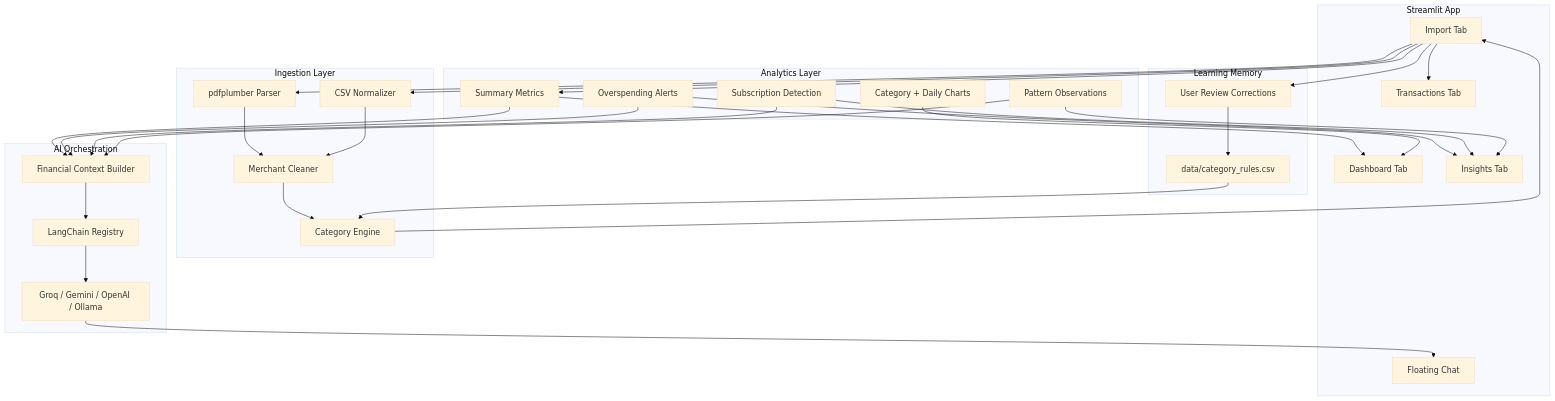
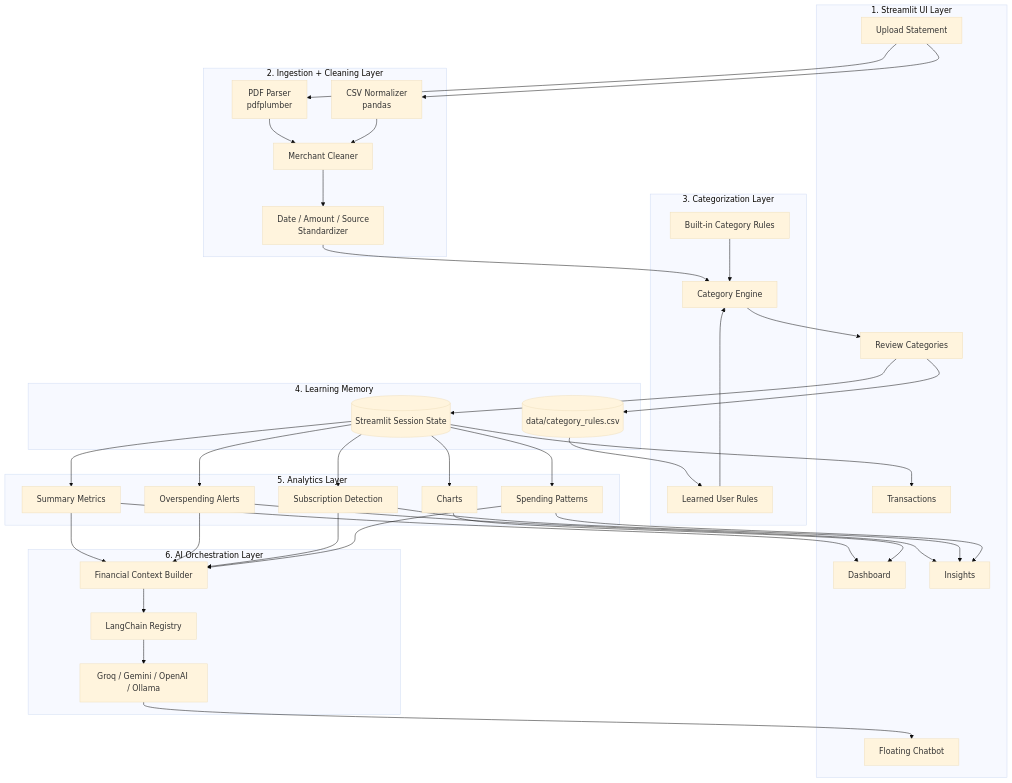
The second of 2 diagrams in projects/spendwise-agent/docs/architecture.md (lavanyajeyaraman/MasteringAgenticAI), drawn with Mermaid (base theme) before and after one commit. The commit also changed other lines of this file and 1 other file, not shown here.

Commit message:
Added architecture.md file and project documentation

````diff
--- a/projects/spendwise-agent/docs/architecture.md
+++ b/projects/spendwise-agent/docs/architecture.md
@@ -44,62 +22,78 @@
 ```mermaid
 flowchart TB
-    subgraph UI["Streamlit App"]
-        ImportTab[Import Tab]
-        DashboardTab[Dashboard Tab]
-        InsightsTab[Insights Tab]
-        TransactionsTab[Transactions Tab]
-        FloatingChat[Floating Chat]
+    subgraph UI["1. Streamlit UI Layer"]
+        UploadUI[Upload Statement]
+        ReviewUI[Review Categories]
+        DashboardUI[Dashboard]
+        InsightsUI[Insights]
+        TransactionsUI[Transactions]
+        ChatUI[Floating Chatbot]
     end
 
-    subgraph Ingestion["Ingestion Layer"]
-        PDFParser[pdfplumber Parser]
-        CSVParser[CSV Normalizer]
-        MerchantCleaner[Merchant Cleaner]
+    subgraph Ingestion["2. Ingestion + Cleaning Layer"]
+        PDFParser[PDF Parser<br/>pdfplumber]
+        CSVParser[CSV Normalizer<br/>pandas]
+        Cleaner[Merchant Cleaner]
+        Standardizer[Date / Amount / Source<br/>Standardizer]
+    end
+
+    subgraph Categorization["3. Categorization Layer"]
+        BuiltInRules[Built-in Category Rules]
+        LearnedRules[Learned User Rules]
         CategoryEngine[Category Engine]
     end
 
-    subgraph Memory["Learning Memory"]
-        RuleFile[data/category_rules.csv]
-        ReviewLoop[User Review Corrections]
+    subgraph Memory["4. Learning Memory"]
+        RuleFile[(data/category_rules.csv)]
+        SessionState[(Streamlit Session State)]
     end
 
-    subgraph Analytics["Analytics Layer"]
+    subgraph Analytics["5. Analytics Layer"]
         Metrics[Summary Metrics]
-        Charts[Category + Daily Charts]
+        Charts[Charts]
         Alerts[Overspending Alerts]
-        Subs[Subscription Detection]
-        Patterns[Pattern Observations]
+        Subscriptions[Subscription Detection]
+        Patterns[Spending Patterns]
     end
 
-    subgraph AI["AI Orchestration"]
-        Context[Financial Context Builder]
+    subgraph AI["6. AI Orchestration Layer"]
+        ContextBuilder[Financial Context Builder]
         LangChain[LangChain Registry]
         Providers[Groq / Gemini / OpenAI / Ollama]
     end
 
-    ImportTab --> PDFParser
-    ImportTab --> CSVParser
-    PDFParser --> MerchantCleaner
-    CSVParser --> MerchantCleaner
-    MerchantCleaner --> CategoryEngine
-    RuleFile --> CategoryEngine
-    CategoryEngine --> ImportTab
-    ImportTab --> ReviewLoop
-    ReviewLoop --> RuleFile
+    UploadUI --> PDFParser
+    UploadUI --> CSVParser
+    PDFParser --> Cleaner
+    CSVParser --> Cleaner
+    Cleaner --> Standardizer
+    Standardizer --> CategoryEngine
 
-    ImportTab --> Metrics
-    Metrics --> DashboardTab
-    Charts --> DashboardTab
-    Alerts --> InsightsTab
-    Subs --> InsightsTab
-    Patterns --> InsightsTab
-    ImportTab --> TransactionsTab
+    BuiltInRules --> CategoryEngine
+    RuleFile --> LearnedRules
+    LearnedRules --> CategoryEngine
+    CategoryEngine --> ReviewUI
+    ReviewUI --> RuleFile
+    ReviewUI --> SessionState
 
-    Metrics --> Context
-    Alerts --> Context
-    Subs --> Context
-    Patterns --> Context
-    Context --> LangChain
+    SessionState --> Metrics
+    SessionState --> Charts
+    SessionState --> Alerts
+    SessionState --> Subscriptions
+    SessionState --> Patterns
+
+    Metrics --> DashboardUI
+    Charts --> DashboardUI
+    Alerts --> InsightsUI
+    Subscriptions --> InsightsUI
+    Patterns --> InsightsUI
+    SessionState --> TransactionsUI
+
+    Metrics --> ContextBuilder
+    Alerts --> ContextBuilder
+    Subscriptions --> ContextBuilder
+    Patterns --> ContextBuilder
+    ContextBuilder --> LangChain
     LangChain --> Providers
-    Providers --> FloatingChat
+    Providers --> ChatUI
 ```
````
